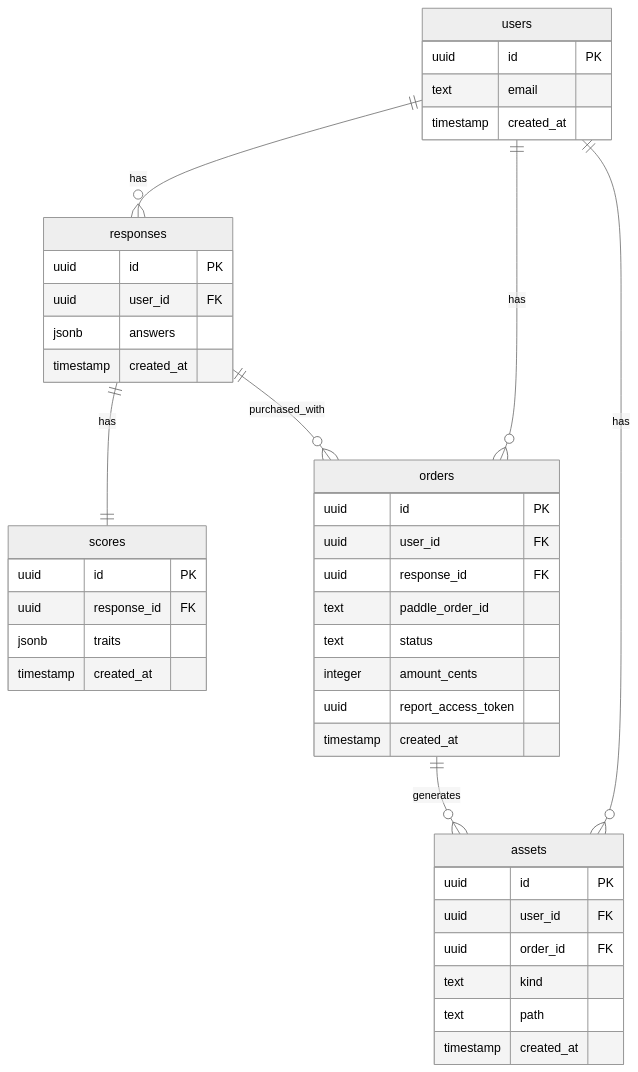
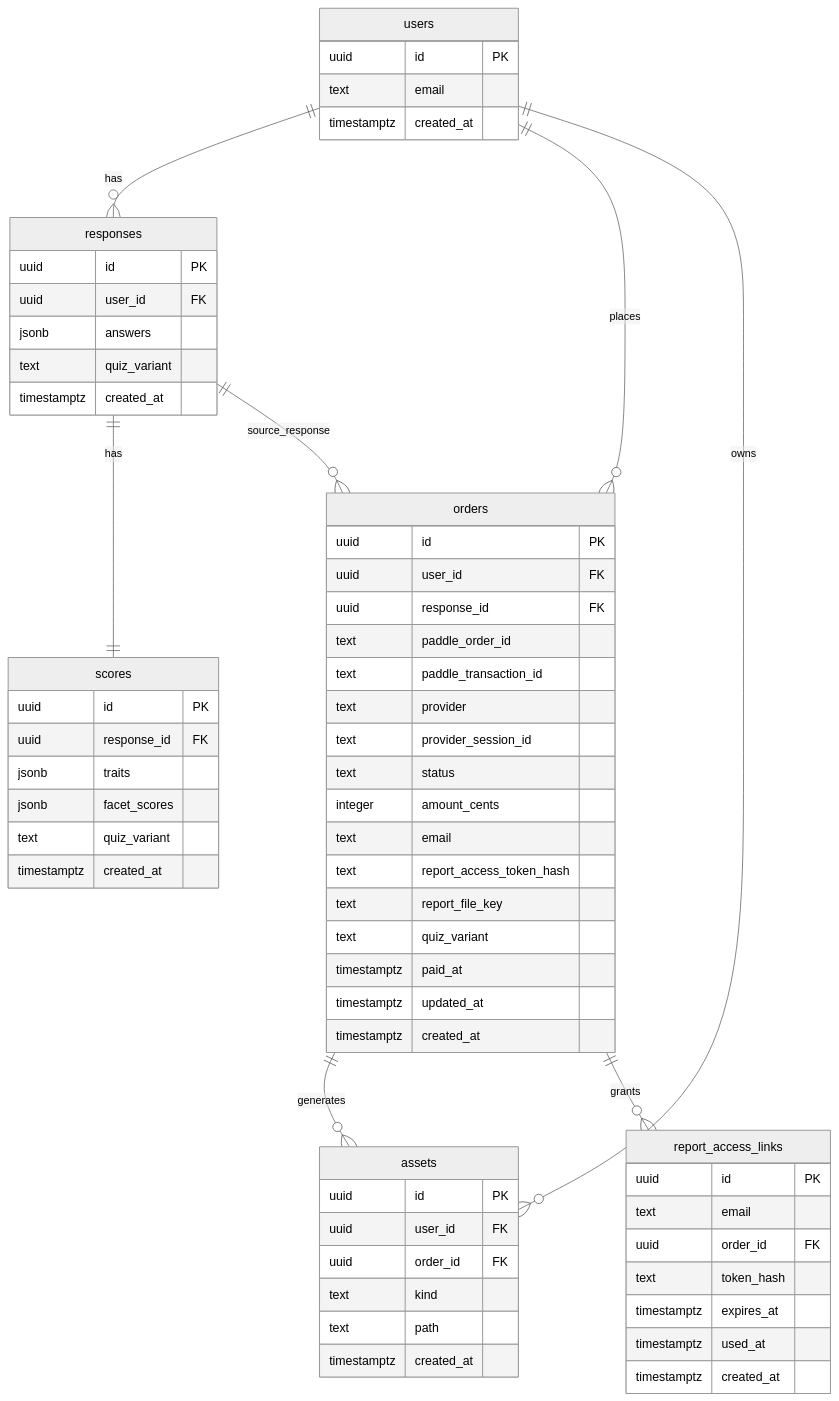
Before and after one commit to necony286/TraitHarbor: the diagram in docs/09-data-model-erd.md, drawn with Mermaid (neutral theme). The commit also changed other lines of this file and 15 other files, not shown here.

Commit message:
docs: align quiz variants, scoring, API, schema, and PDF pipeline

````diff
--- a/docs/09-data-model-erd.md
+++ b/docs/09-data-model-erd.md
@@ -3,45 +5,71 @@
 ```mermaid
 erDiagram
   users ||--o{ responses : has
   responses ||--|| scores : has
-  users ||--o{ orders : has
-  responses ||--o{ orders : purchased_with
-  users ||--o{ assets : has
+  users ||--o{ orders : places
+  responses ||--o{ orders : source_response
+  users ||--o{ assets : owns
   orders ||--o{ assets : generates
+  orders ||--o{ report_access_links : grants
 
   users {
     uuid id PK
     text email
-    timestamp created_at
+    timestamptz created_at
   }
+
   responses {
     uuid id PK
     uuid user_id FK
     jsonb answers
-    timestamp created_at
+    text quiz_variant
+    timestamptz created_at
   }
+
   scores {
     uuid id PK
     uuid response_id FK
     jsonb traits
-    timestamp created_at
+    jsonb facet_scores
+    text quiz_variant
+    timestamptz created_at
   }
+
   orders {
     uuid id PK
     uuid user_id FK
     uuid response_id FK
     text paddle_order_id
+    text paddle_transaction_id
+    text provider
+    text provider_session_id
     text status
     integer amount_cents
-    uuid report_access_token
-    timestamp created_at
+    text email
+    text report_access_token_hash
+    text report_file_key
+    text quiz_variant
+    timestamptz paid_at
+    timestamptz updated_at
+    timestamptz created_at
   }
+
   assets {
     uuid id PK
     uuid user_id FK
     uuid order_id FK
     text kind
     text path
-    timestamp created_at
+    timestamptz created_at
+  }
+
+  report_access_links {
+    uuid id PK
+    text email
+    uuid order_id FK
+    text token_hash
+    timestamptz expires_at
+    timestamptz used_at
+    timestamptz created_at
   }
 ```
````
